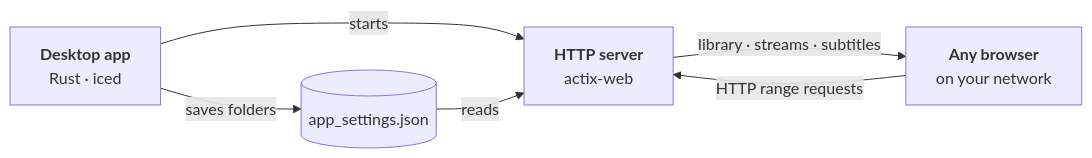
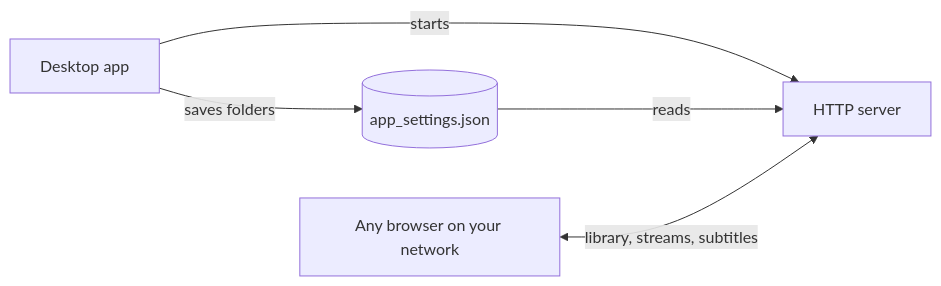
The diagram in README.md (benaissazaki/palantir-media-server), drawn with Mermaid before and after one commit. The commit also changed other lines of this file and 1 other file, not shown here.

````diff
--- a/README.md
+++ b/README.md
@@ -89,8 +92,7 @@
 ```mermaid
 flowchart LR
-    app["<b>Desktop app</b><br/>Rust · iced"] -- "starts" --> server["<b>HTTP server</b><br/>actix-web"]
-    app -- "saves folders" --> settings[("app_settings.json")]
-    settings -- "reads" --> server
-    server -- "library · streams · subtitles" --> browser["<b>Any browser</b><br/>on your network"]
-    browser -- "HTTP range requests" --> server
+    App[Desktop app] -->|starts| Server[HTTP server]
+    App -->|saves folders| Settings[(app_settings.json)]
+    Settings -->|reads| Server
+    Browser[Any browser on your network] <-->|library, streams, subtitles| Server
 ```
````
